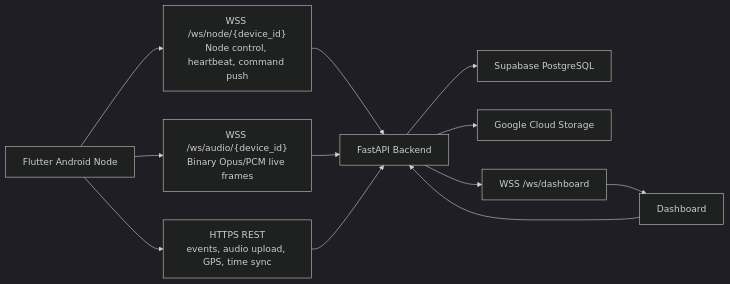
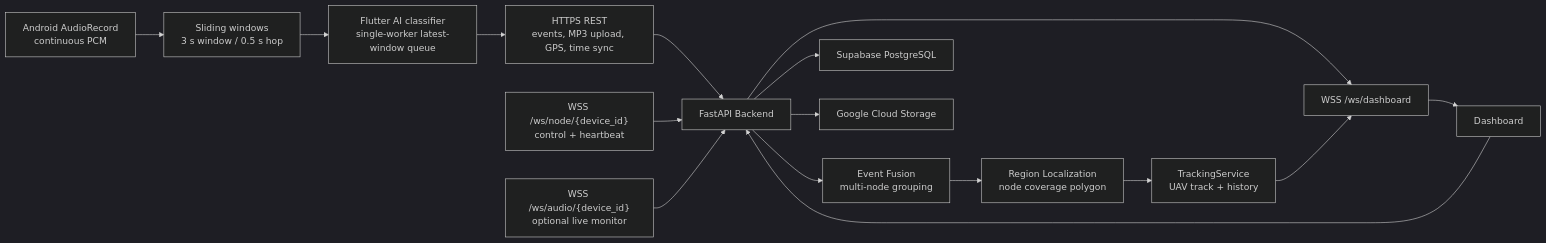
Before and after one commit to vickuo2005-sys/sound_backend: the diagram in docs/architecture/final_system_architecture.md, drawn with Mermaid (dark theme). The commit also changed other lines of this file and 2 other files, not shown here.

Commit message:
Tune fusion window and architecture docs

````diff
--- a/docs/architecture/final_system_architecture.md
+++ b/docs/architecture/final_system_architecture.md
@@ -3,20 +3,27 @@
 ```mermaid
 flowchart LR
-    Node["Flutter Android Node"]
-    Control["WSS /ws/node/{device_id}<br/>Node control, heartbeat, command push"]
-    Audio["WSS /ws/audio/{device_id}<br/>Binary Opus/PCM live frames"]
-    Rest["HTTPS REST<br/>events, audio upload, GPS, time sync"]
+    Mic["Android AudioRecord<br/>continuous PCM"]
+    Window["Sliding windows<br/>3 s window / 0.5 s hop"]
+    AI["Flutter AI classifier<br/>single-worker latest-window queue"]
+    Rest["HTTPS REST<br/>events, MP3 upload, GPS, time sync"]
+    Control["WSS /ws/node/{device_id}<br/>control + heartbeat"]
+    LiveAudio["WSS /ws/audio/{device_id}<br/>optional live monitor"]
     Backend["FastAPI Backend"]
+    Fusion["Event Fusion<br/>multi-node grouping"]
+    Region["Region Localization<br/>node coverage polygon"]
+    Track["TrackingService<br/>UAV track + history"]
     Db["Supabase PostgreSQL"]
     Gcs["Google Cloud Storage"]
     DashWs["WSS /ws/dashboard"]
     Dashboard["Dashboard"]
 
-    Node --> Control --> Backend
-    Node --> Audio --> Backend
-    Node --> Rest --> Backend
+    Mic --> Window --> AI --> Rest --> Backend
+    Control --> Backend
+    LiveAudio --> Backend
+    Backend --> Fusion --> Region --> Track
     Backend --> Db
     Backend --> Gcs
     Backend --> DashWs --> Dashboard
+    Track --> DashWs
     Dashboard --> Backend
 ```
````
